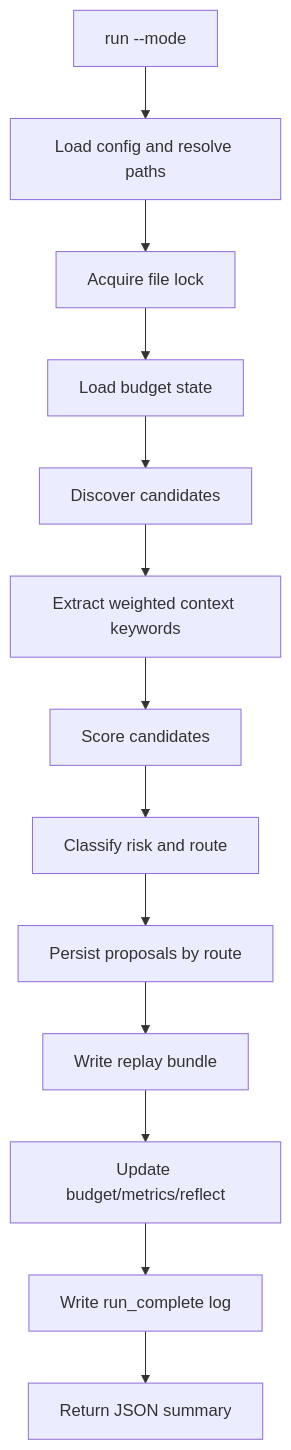
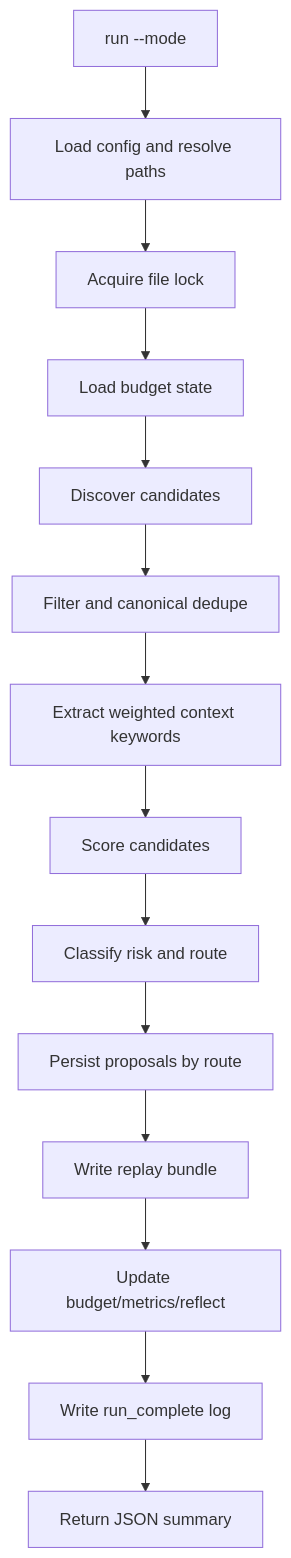
Before and after one commit to MaxLaurieHutchinson/Agent-autonomous-intention-engine: the diagram in docs/architecture/system-overview.md, drawn with Mermaid. The commit also changed other lines of this file and 11 other files, not shown here.

Commit message:
docs: publish source architecture handbook and no-secrets onboarding

````diff
--- a/docs/architecture/system-overview.md
+++ b/docs/architecture/system-overview.md
@@ -27,15 +27,16 @@
 ```mermaid
 flowchart TD
     A[run --mode] --> B[Load config and resolve paths]
     B --> C[Acquire file lock]
     C --> D[Load budget state]
     D --> E[Discover candidates]
-    E --> F[Extract weighted context keywords]
+    E --> E2[Filter and canonical dedupe]
+    E2 --> F[Extract weighted context keywords]
     F --> G[Score candidates]
     G --> H[Classify risk and route]
     H --> I[Persist proposals by route]
     I --> J[Write replay bundle]
     J --> K[Update budget/metrics/reflect]
     K --> L[Write run_complete log]
     L --> M[Return JSON summary]
 ```
````
